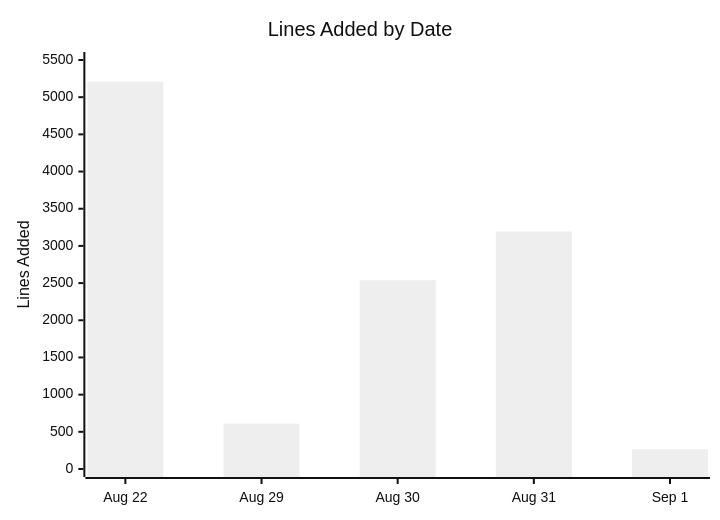
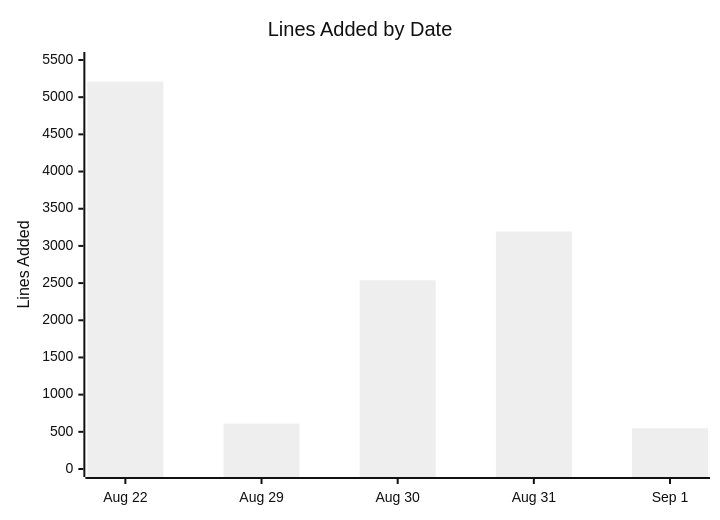
Before and after one commit to roger64s/CodeWithKris: the second of 2 diagrams in docs/PROJECT_SUMMARY.md, drawn with Mermaid (neutral theme). The commit also changed other lines of this file and 6 other files, not shown here.

````diff
--- a/docs/PROJECT_SUMMARY.md
+++ b/docs/PROJECT_SUMMARY.md
@@ -31,7 +31,7 @@
 ```mermaid
 xychart-beta
     title "Lines Added by Date"
     x-axis ["Aug 22", "Aug 29", "Aug 30", "Aug 31", "Sep 1"]
     y-axis "Lines Added" 0 --> 5500
-    bar [5208, 609, 2538, 3193, 265]
+    bar [5208, 609, 2538, 3193, 549]
 ```
````
